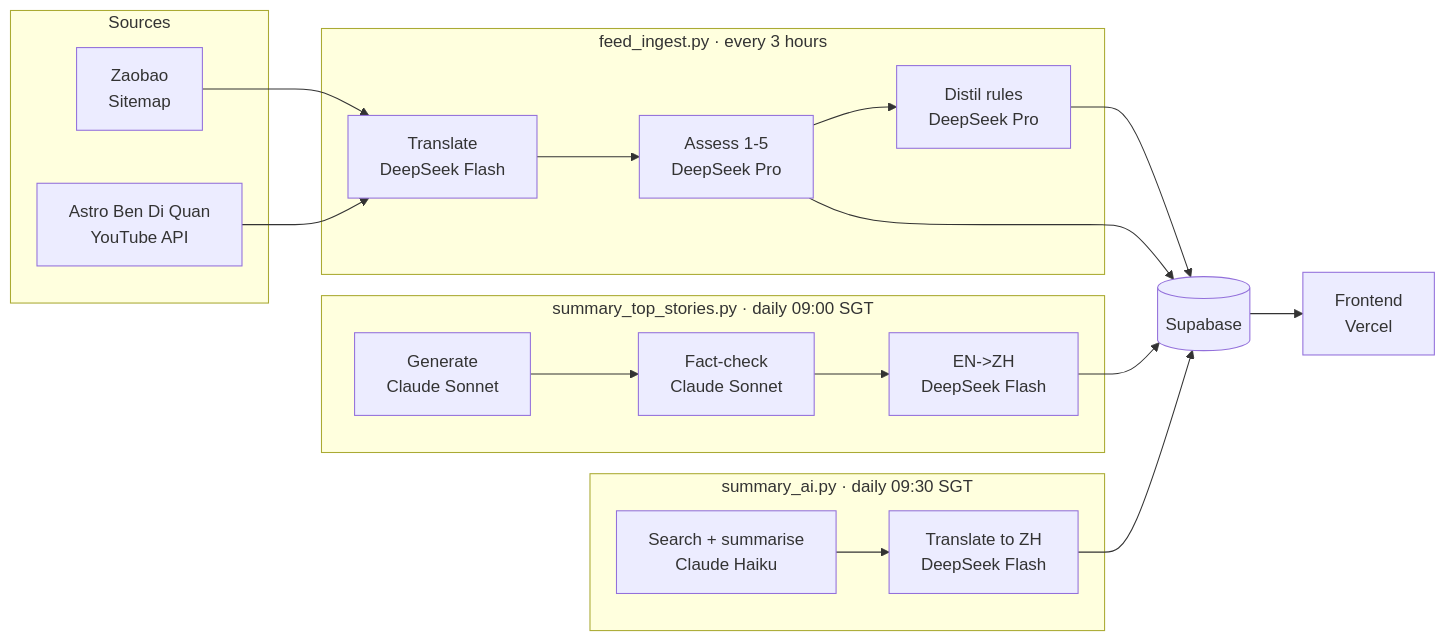
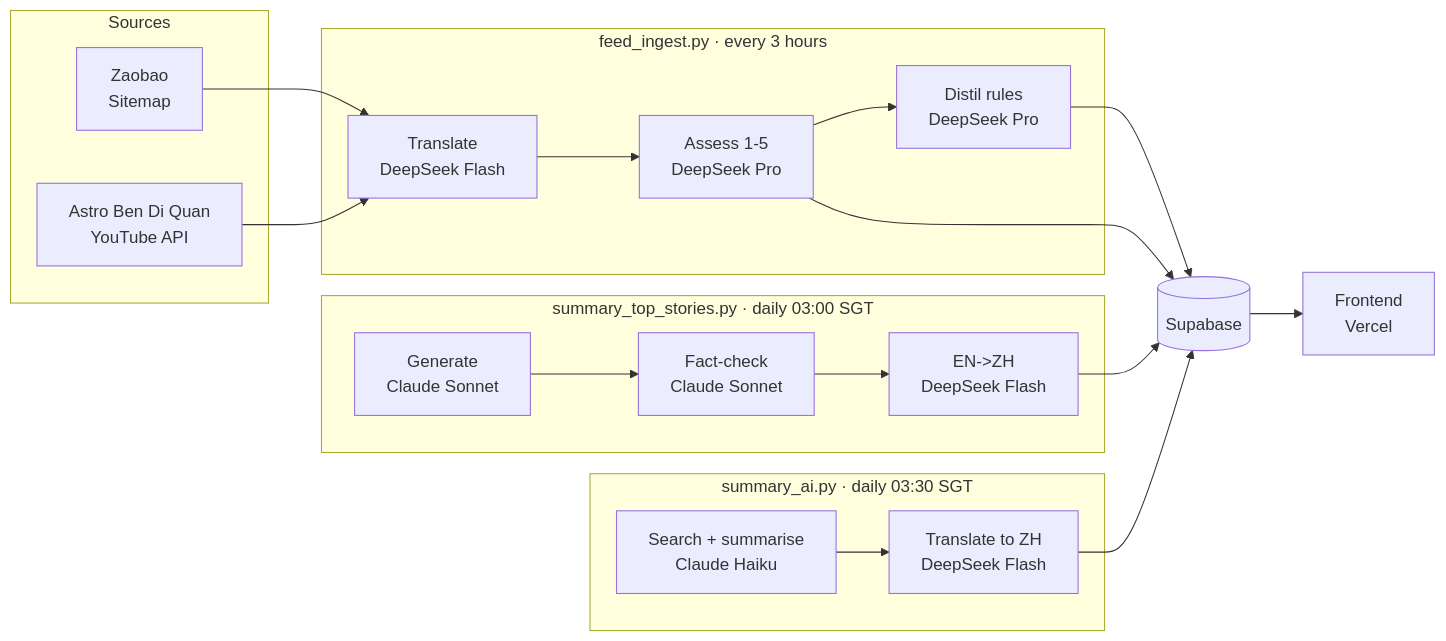
Before and after one commit to chiaweiwoo/newslingo: the diagram in README.md, drawn with Mermaid. The commit also changed other lines of this file and 2 other files, not shown here.

Commit message:
Move summary jobs to early morning

````diff
--- a/README.md
+++ b/README.md
@@ -57,38 +57,38 @@
 ```mermaid
 flowchart LR
     subgraph src["Sources"]
         ZB["Zaobao\nSitemap"]
         YT["Astro Ben Di Quan\nYouTube API"]
     end
 
     subgraph agg["feed_ingest.py · every 3 hours"]
         TR["Translate\nDeepSeek Flash"]
         AS["Assess 1-5\nDeepSeek Pro"]
         DR["Distil rules\nDeepSeek Pro"]
         TR --> AS --> DR
     end
 
     DB[("Supabase")]
 
-    subgraph summary["summary_top_stories.py · daily 09:00 SGT"]
+    subgraph summary["summary_top_stories.py · daily 03:00 SGT"]
         P1["Generate\nClaude Sonnet"]
         P2["Fact-check\nClaude Sonnet"]
         P3["EN->ZH\nDeepSeek Flash"]
         P1 --> P2 --> P3
     end
 
-    subgraph radar["summary_ai.py · daily 09:30 SGT"]
+    subgraph radar["summary_ai.py · daily 03:30 SGT"]
         R1["Search + summarise\nClaude Haiku"]
         R2["Translate to ZH\nDeepSeek Flash"]
         R1 --> R2
     end
 
     FE["Frontend\nVercel"]
 
     ZB & YT --> TR
     DR --> DB
     AS --> DB
     P3 --> DB
     R2 --> DB
     DB --> FE
 ```
````
